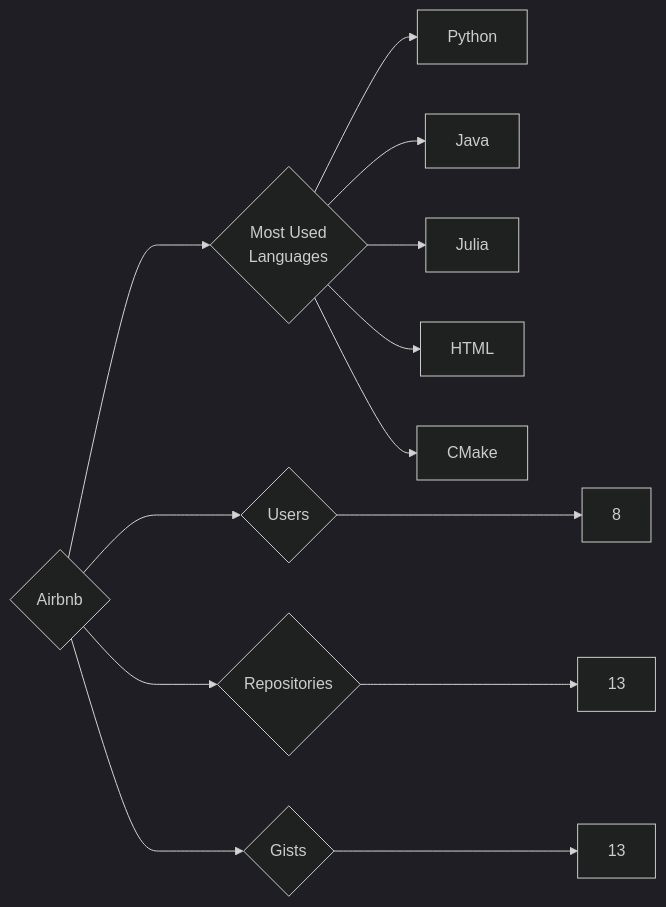
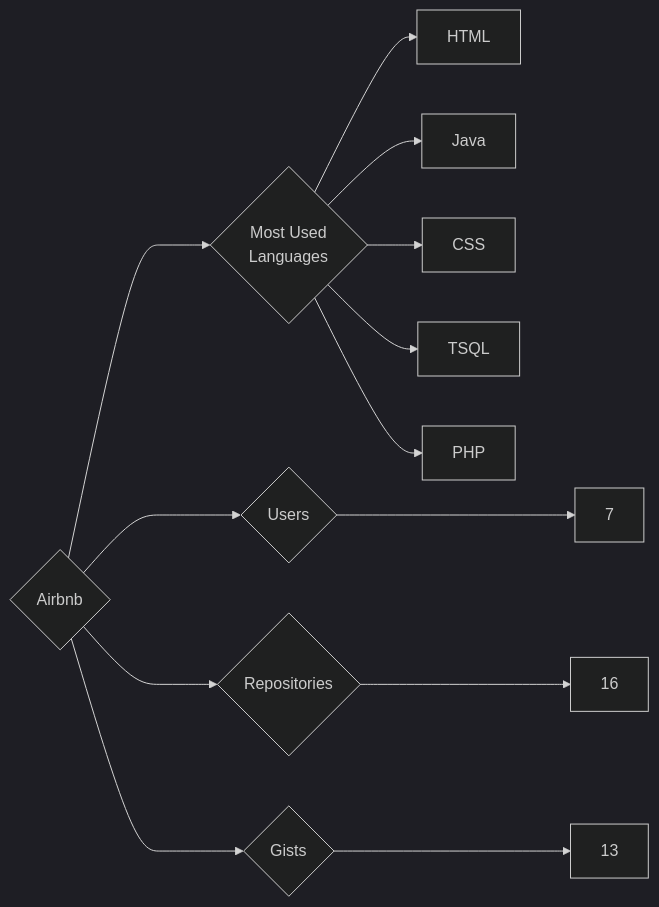
Before and after one commit to trickest/insiders: the diagram in targets/Airbnb/README.md, drawn with Mermaid (dark theme). The commit also changed 783 other files, not shown here.

````diff
--- a/targets/Airbnb/README.md
+++ b/targets/Airbnb/README.md
@@ -3,13 +3,13 @@
 ```mermaid
 graph LR
 COMPANY_NAME{Airbnb}
-COMPANY_NAME ---> U{Users} ---> UN[8]
-COMPANY_NAME ---> R{Repositories} ---> RN[13]
+COMPANY_NAME ---> U{Users} ---> UN[7]
+COMPANY_NAME ---> R{Repositories} ---> RN[16]
 COMPANY_NAME ---> G{Gists} ---> GN[13]
 COMPANY_NAME ---> ML{Most Used<br>Languages}
-ML --> Python[Python]
+ML --> HTML[HTML]
 ML --> Java[Java]
-ML --> Julia[Julia]
-ML --> HTML[HTML]
-ML --> CMake[CMake]
+ML --> CSS[CSS]
+ML --> TSQL[TSQL]
+ML --> PHP[PHP]
 ```
````
